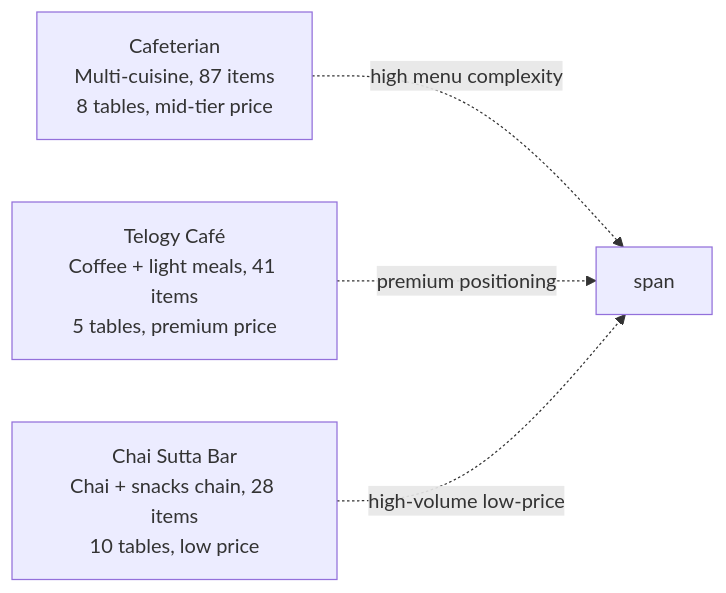
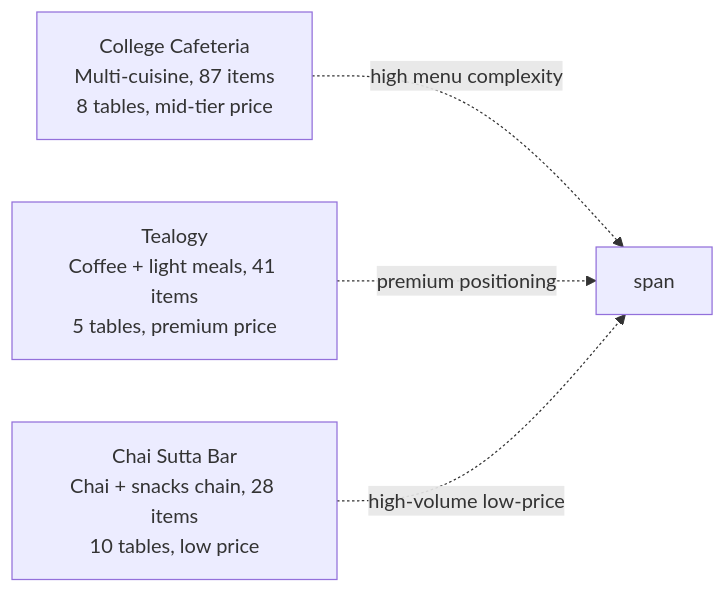
One commit to milliondreamsblog/Bawarchi changed diagram 33 of 45 in report.md. Above: the diagram before and after it, drawn with Mermaid. The commit also changed other lines of this file and 1 other file, not shown here.

Commit message:
chore: update pilot site names and expand research roadmap in project documentation

````diff
--- a/report.md
+++ b/report.md
@@ -1762,9 +1771,9 @@
 ```mermaid
 flowchart LR
-  C[Cafeterian<br/>Multi-cuisine, 87 items<br/>8 tables, mid-tier price]
-  T[Telogy Café<br/>Coffee + light meals, 41 items<br/>5 tables, premium price]
+  C[College Cafeteria<br/>Multi-cuisine, 87 items<br/>8 tables, mid-tier price]
+  T[Tealogy<br/>Coffee + light meals, 41 items<br/>5 tables, premium price]
   CSB[Chai Sutta Bar<br/>Chai + snacks chain, 28 items<br/>10 tables, low price]
   C -. high menu complexity .-> X[span]
   T -. premium positioning .-> X
   CSB -. high-volume low-price .-> X
 ```
````
